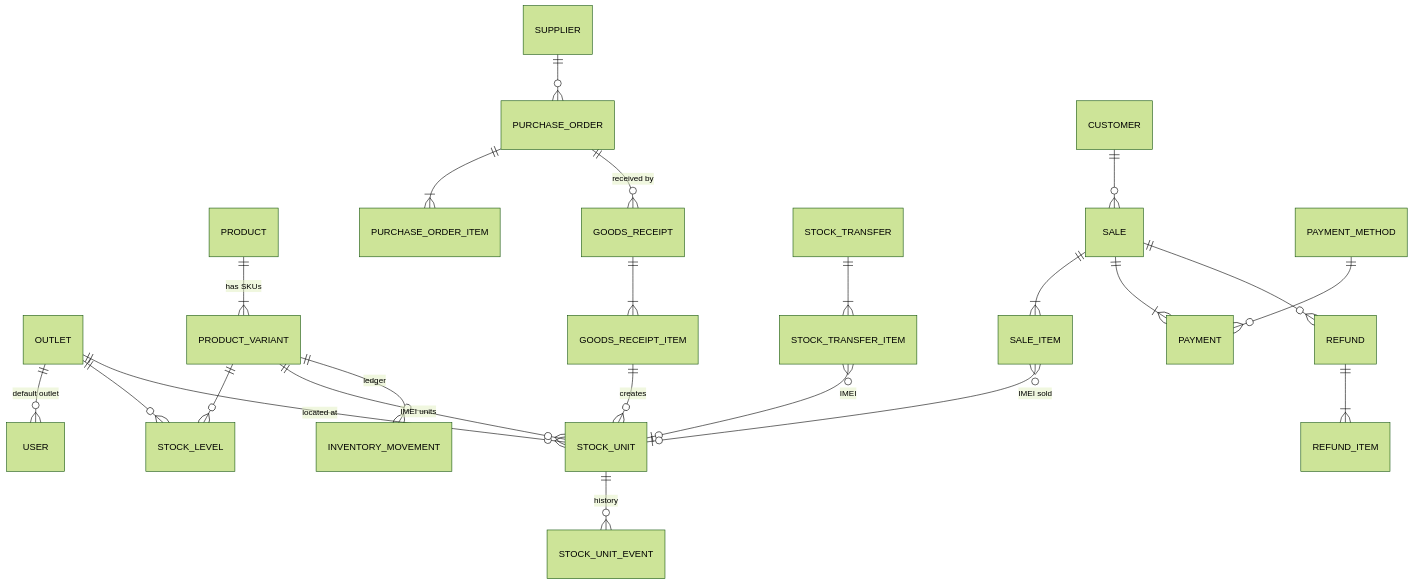
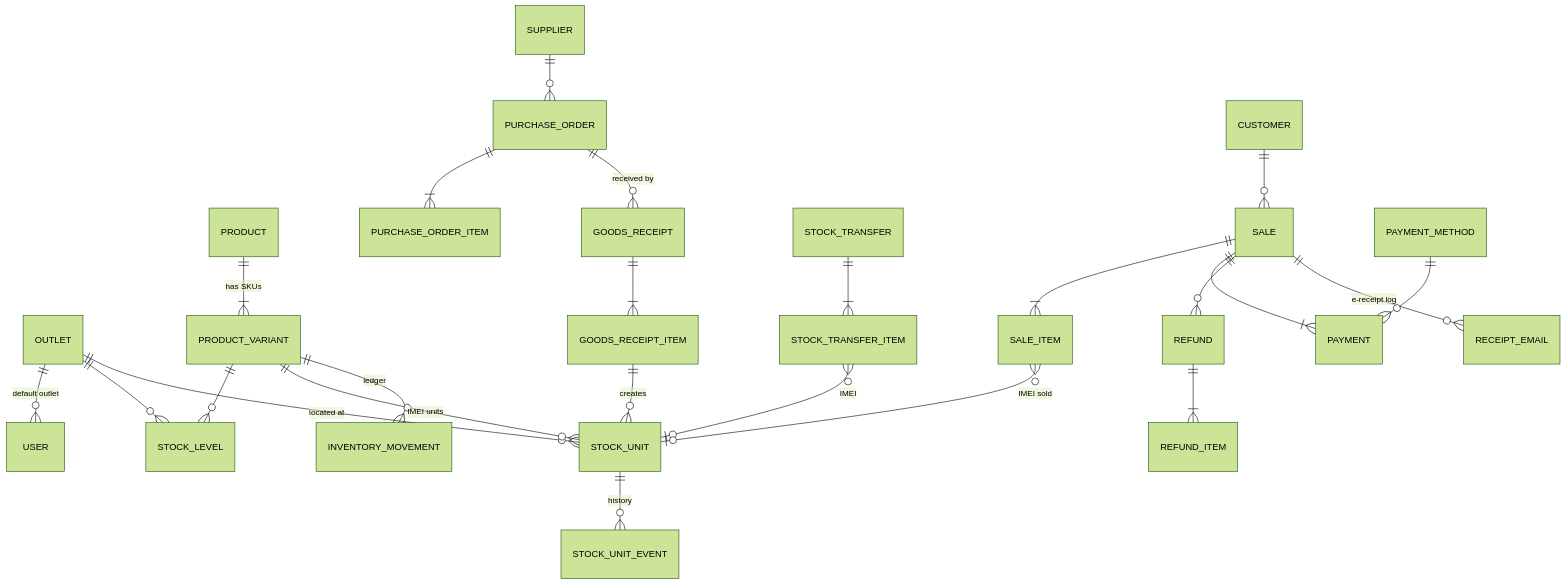
The second of 7 diagrams in docs/02-database-erd.md (AhHau92/pos-saas), drawn with Mermaid (forest theme) before and after one commit. The commit also changed other lines of this file and 78 other files, not shown here.

````diff
--- a/docs/02-database-erd.md
+++ b/docs/02-database-erd.md
@@ -47,25 +47,26 @@
 ```mermaid
 erDiagram
     OUTLET ||--o{ USER : "default outlet"
     OUTLET ||--o{ STOCK_LEVEL : ""
     OUTLET ||--o{ STOCK_UNIT : "located at"
     PRODUCT ||--|{ PRODUCT_VARIANT : "has SKUs"
     PRODUCT_VARIANT ||--o{ STOCK_LEVEL : ""
     PRODUCT_VARIANT ||--o{ STOCK_UNIT : "IMEI units"
     PRODUCT_VARIANT ||--o{ INVENTORY_MOVEMENT : "ledger"
     STOCK_UNIT ||--o{ STOCK_UNIT_EVENT : "history"
     SUPPLIER ||--o{ PURCHASE_ORDER : ""
     PURCHASE_ORDER ||--|{ PURCHASE_ORDER_ITEM : ""
     PURCHASE_ORDER ||--o{ GOODS_RECEIPT : "received by"
     GOODS_RECEIPT ||--|{ GOODS_RECEIPT_ITEM : ""
     GOODS_RECEIPT_ITEM ||--o{ STOCK_UNIT : "creates"
     STOCK_TRANSFER ||--|{ STOCK_TRANSFER_ITEM : ""
     STOCK_TRANSFER_ITEM }o--o| STOCK_UNIT : "IMEI"
     SALE ||--|{ SALE_ITEM : ""
     SALE ||--|{ PAYMENT : ""
     SALE ||--o{ REFUND : ""
     REFUND ||--|{ REFUND_ITEM : ""
     SALE_ITEM }o--o| STOCK_UNIT : "IMEI sold"
+    SALE ||--o{ RECEIPT_EMAIL : "e-receipt log"
     CUSTOMER ||--o{ SALE : ""
     PAYMENT_METHOD ||--o{ PAYMENT : ""
 ```
````
